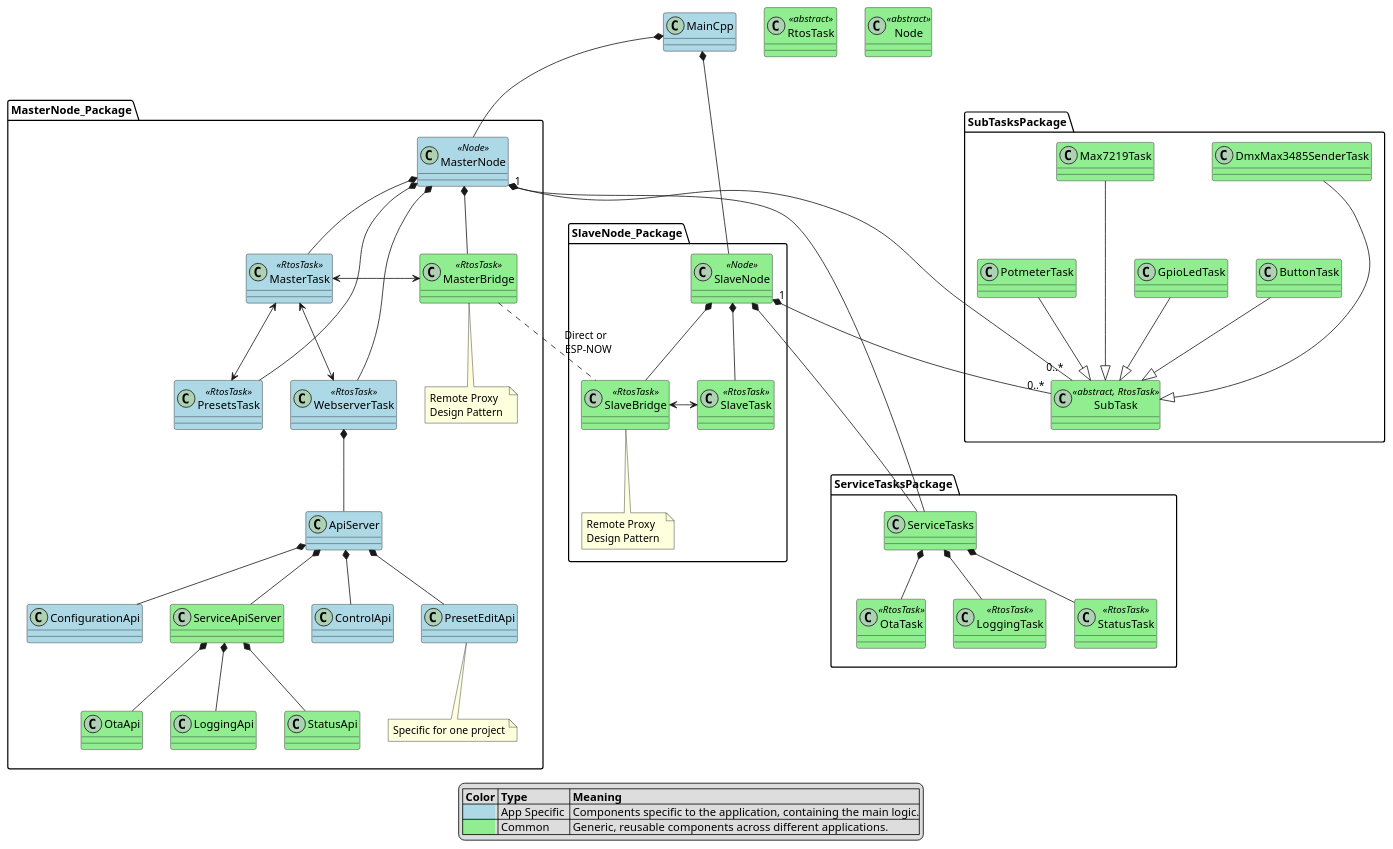
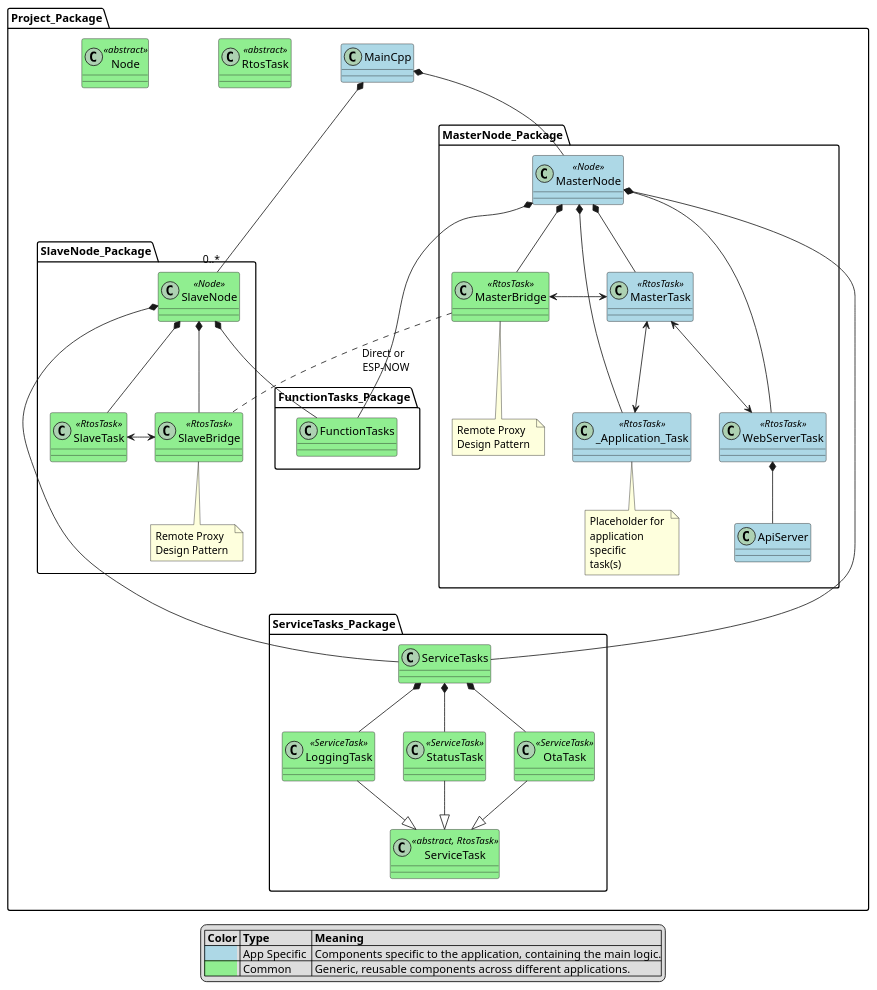
Before and after one commit to michelkeijzers/Esp32Framework2: the first of 4 diagrams in docs/design/overview.puml, drawn with PlantUML. The commit also changed other lines of this file and 39 other files, not shown here.

Commit message:
rename to FunctionTask

```diff
--- a/docs/design/overview.puml
+++ b/docs/design/overview.puml
@@ -1,129 +1,108 @@
 @startuml 
 
 legend
 |= Color |= Type |= Meaning |
 |<back:lightblue>           | App Specific | Components specific to the application, containing the main logic.|
 |<back:lightgreen>           | Common       | Generic, reusable components across different applications.|
 endlegend
 
-class MainCpp #lightblue {}
-class RtosTask<<abstract>> #lightgreen {}
-class Node<<abstract>> #lightgreen {}
+package Project_Package
+{
+    class MainCpp #lightblue {}
+    class RtosTask<<abstract>> #lightgreen {}
+    class Node<<abstract>> #lightgreen {}
 
-'Master Node 
-package MasterNode_Package 
-{
-    class MasterNode <<Node>> #lightblue {}
-    
-    class MasterBridge <<RtosTask>> #lightgreen {}
-    MasterNode *-- MasterBridge
+    'Master Node 
+    package MasterNode_Package 
+    {
+        class MasterNode <<Node>> #lightblue {}
+        
+        class MasterBridge <<RtosTask>> #lightgreen {}
+        MasterNode *-- MasterBridge
 
-    note bottom of MasterBridge
-        Remote Proxy
-        Design Pattern 
-    end note
+        note bottom of MasterBridge
+            Remote Proxy
+            Design Pattern 
+        end note
 
-    class MasterTask <<RtosTask>> #lightblue {}
+        class MasterTask <<RtosTask>> #lightblue {}
 
-    MasterNode *-- MasterTask
+        MasterNode *-- MasterTask
 
-    MasterNode *-- WebserverTask
+        MasterNode *-- WebServerTask
 
-    class WebserverTask <<RtosTask>> #lightblue {}
-    MasterTask <--> WebserverTask
+        class WebServerTask <<RtosTask>> #lightblue {}
+        MasterTask <--> WebServerTask
 
-    class PresetsTask <<RtosTask>> #lightblue {}
-    MasterNode *-- PresetsTask
-    MasterTask <--> PresetsTask
-    
-    class ApiServer #lightblue {}
-    WebserverTask *-- ApiServer
+        class _Application_Task <<RtosTask>> #lightblue {}
+        note bottom of _Application_Task
+            Placeholder for 
+            application 
+            specific 
+            task(s)
+        end note
+        MasterNode *-- _Application_Task
+        MasterTask <--> _Application_Task
+        
+        class ApiServer #lightblue {}
+        WebServerTask *-- ApiServer
+    }
 
-    class ControlApi #lightblue {}
-    ApiServer *-- ControlApi
-    class PresetEditApi #lightblue {}
-    note bottom of PresetEditApi
-        Specific for one project
-    end note
-    ApiServer *-- PresetEditApi
-    class ConfigurationApi #lightblue {}
-    ApiServer *-- ConfigurationApi
+    MainCpp *-- MasterNode
 
-    class ServiceApiServer #lightgreen {}
-    ApiServer *-- ServiceApiServer
-    class StatusApi #lightgreen {}
-    ServiceApiServer *-- StatusApi
-    class OtaApi #lightgreen {}
-    ServiceApiServer *-- OtaApi
-    class LoggingApi #lightgreen {}
-    ServiceApiServer *-- LoggingApi
+    'Slave Node
+    package SlaveNode_Package
+    {
+        class SlaveBridge <<RtosTask>> #lightgreen {}
+        note bottom of SlaveBridge
+            Remote Proxy
+            Design Pattern 
+        end note
+
+        class SlaveNode <<Node>> #lightgreen {}
+
+        SlaveNode *-- SlaveBridge
+
+        ' Slave Task
+        class SlaveTask <<RtosTask>> #lightgreen {}
+        SlaveNode *-- SlaveTask
+    }
+
+    MainCpp *-- "0..*"SlaveNode
+
+    MasterBridge .. SlaveBridge : Direct or \n ESP-NOW
+
+    package ServiceTasks_Package 
+    {
+        class ServiceTask <<abstract, RtosTask>> #lightgreen {}
+
+        class ServiceTasks #lightgreen {}
+        
+        class LoggingTask <<ServiceTask>> #lightgreen {}
+        class StatusTask <<ServiceTask>> #lightgreen {}
+        class OtaTask <<ServiceTask>> #lightgreen {}
+
+        LoggingTask --|> ServiceTask
+        StatusTask --|> ServiceTask
+        OtaTask --|> ServiceTask
+
+        ServiceTasks *-- LoggingTask
+        ServiceTasks *-- StatusTask
+        ServiceTasks *-- OtaTask
+    }
+
+    package FunctionTasks_Package
+    {
+        class FunctionTasks #lightgreen {}
+    }
+
+    MasterNode *-- FunctionTasks
+    SlaveNode  *-- FunctionTasks
+    MasterTask <-> MasterBridge
+
+    MasterNode *---- ServiceTasks
+    SlaveNode *---- ServiceTasks
+    SlaveTask <-> SlaveBridge
 }
 
-MainCpp *-- MasterNode
-
-'Slave Node
-package SlaveNode_Package
-{
-    class SlaveBridge <<RtosTask>> #lightgreen {}
-    note bottom of SlaveBridge
-        Remote Proxy
-        Design Pattern 
-    end note
-
-    class SlaveNode <<Node>> #lightgreen {}
-
-    SlaveNode *-- SlaveBridge
-
-    ' Slave Task
-    class SlaveTask <<RtosTask>> #lightgreen {}
-    SlaveNode *-- SlaveTask
-}
-
-MainCpp *-- SlaveNode
-
-MasterBridge .. SlaveBridge : Direct or \n ESP-NOW
-
-package ServiceTasksPackage 
-{
-    class ServiceTasks #lightgreen {}
-    
-    class LoggingTask <<RtosTask>> #lightgreen {}
-    class StatusTask <<RtosTask>> #lightgreen {}
-    class OtaTask <<RtosTask>> #lightgreen {}
-
-    ServiceTasks *-- LoggingTask
-    ServiceTasks *-- StatusTask
-    ServiceTasks *-- OtaTask
-}
-
-
-package SubTasksPackage
-{
-    class SubTask<<abstract, RtosTask>> #lightgreen {}
-
-    class ButtonTask #lightgreen {}
-    class GpioLedTask #lightgreen {}
-    class Max7219Task #lightgreen {}
-    class PotmeterTask #lightgreen {}
-    class DmxMax3485SenderTask #lightgreen {}
-
-    ButtonTask --|> SubTask
-    GpioLedTask --|> SubTask
-    Max7219Task ---|> SubTask
-    PotmeterTask --|> SubTask
-    DmxMax3485SenderTask ---|> SubTask
-}
-
-MasterNode "1" *-- "0..*" SubTask
-SlaveNode  "1" *-- "0..*" SubTask
-MasterTask <-> MasterBridge
-
-MasterNode *--- ServiceTasks
-SlaveNode *--- ServiceTasks
-SlaveTask <-> SlaveBridge
-
-'Layout
-
-MasterNode_Package -[hidden]-> ServiceTasksPackage
-
 @enduml
```
